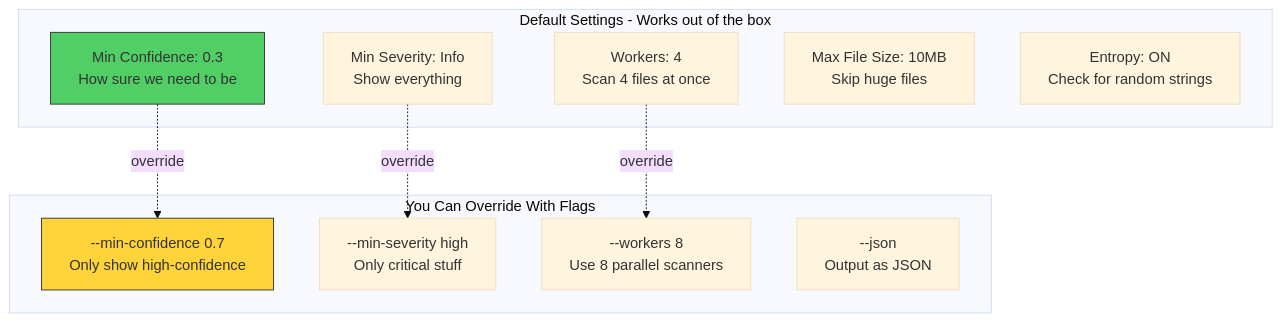
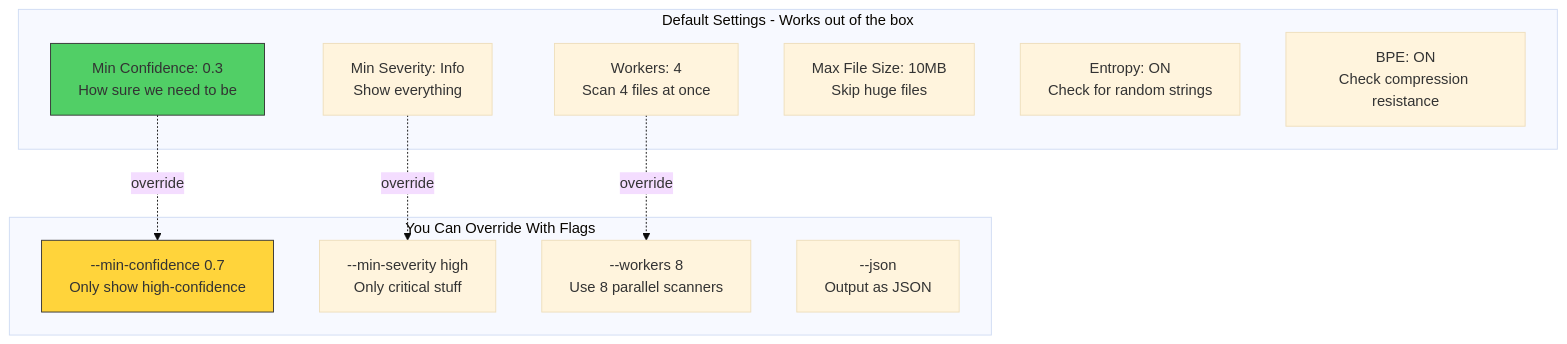
Before and after one commit to svemulapati/CredVigil: the sixth of 30 diagrams in docs/training/00-System-Design-Simplified.md, drawn with Mermaid (base theme). The commit also changed other lines of this file and 8 other files, not shown here.

````diff
--- a/docs/training/00-System-Design-Simplified.md
+++ b/docs/training/00-System-Design-Simplified.md
@@ -274,24 +275,25 @@
 ```mermaid
 graph TD
     subgraph "Default Settings - Works out of the box"
         D1["Min Confidence: 0.3<br/>How sure we need to be"]
         D2["Min Severity: Info<br/>Show everything"]
         D3["Workers: 4<br/>Scan 4 files at once"]
         D4["Max File Size: 10MB<br/>Skip huge files"]
         D5["Entropy: ON<br/>Check for random strings"]
+        D6["BPE: ON<br/>Check compression resistance"]
     end
 
     subgraph "You Can Override With Flags"
         F1["--min-confidence 0.7<br/>Only show high-confidence"]
         F2["--min-severity high<br/>Only critical stuff"]
         F3["--workers 8<br/>Use 8 parallel scanners"]
         F4["--json<br/>Output as JSON"]
     end
 
     D1 -.->|override| F1
     D2 -.->|override| F2
     D3 -.->|override| F3
 
     style D1 fill:#51cf66,stroke:#333
     style F1 fill:#ffd43b,stroke:#333
 ```
````
